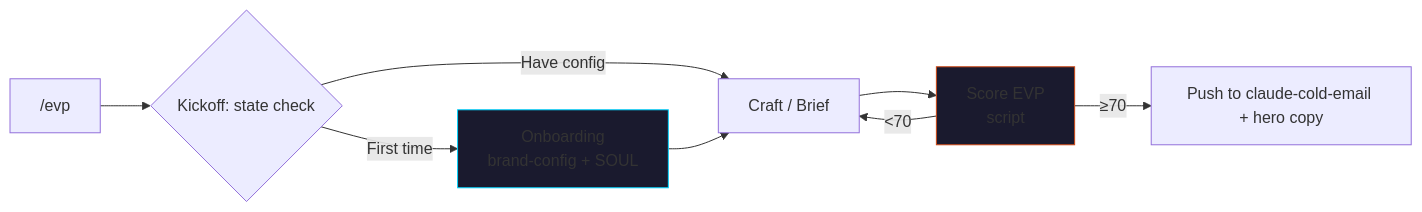
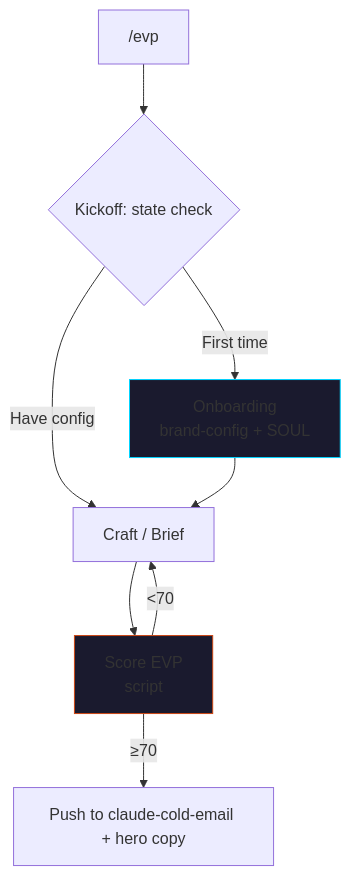
Before and after one commit to cmj-hub/claude-evp: the diagram in README.md, drawn with Mermaid.

Commit message:
fix(readme): mermaid graph LR → TB for legible node labels on GitHub

````diff
--- a/README.md
+++ b/README.md
@@ -31,13 +31,13 @@
 ```mermaid
-graph LR
+graph TB
     A["/evp"] --> B{Kickoff: state check}
     B -->|First time| C[Onboarding<br/>brand-config + SOUL]
     B -->|Have config| D[Craft / Brief]
     C --> D
     D --> E[Score EVP<br/>script]
     E -->|≥70| F[Push to claude-cold-email + hero copy]
     E -->|<70| D
 
     style C fill:#1a1a2e,stroke:#00d4ff
     style E fill:#1a1a2e,stroke:#cc4714
 ```
````
